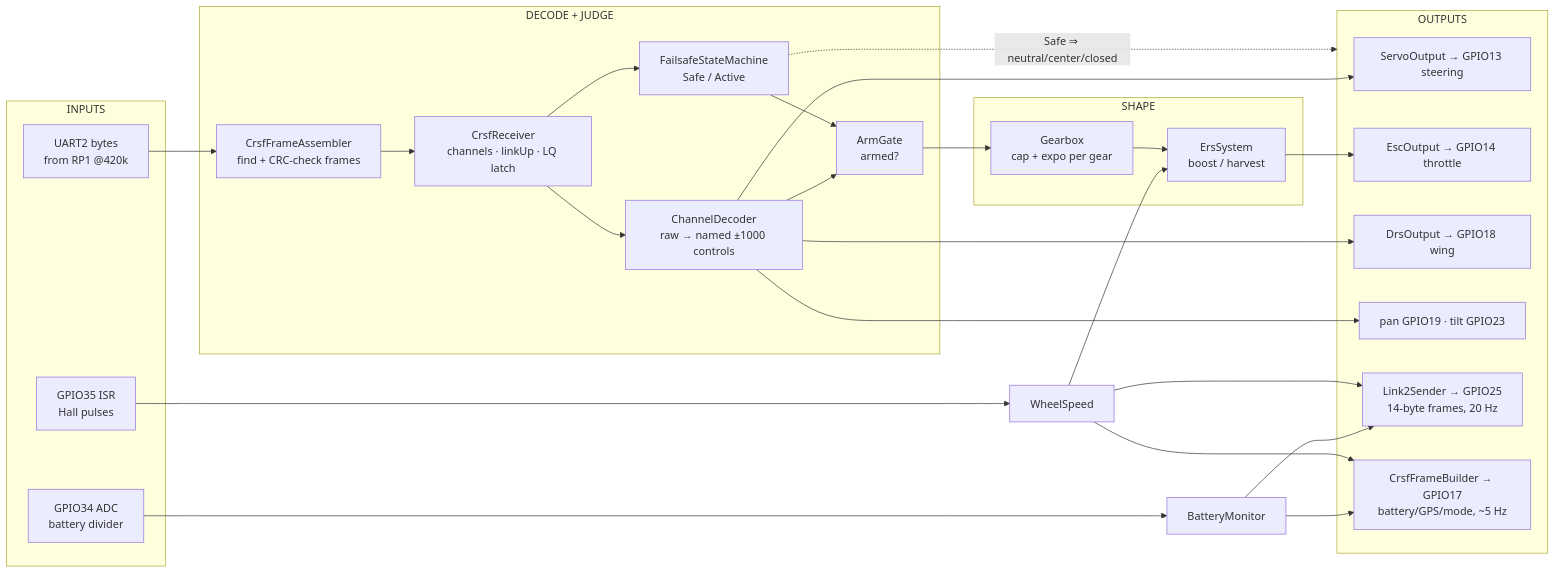
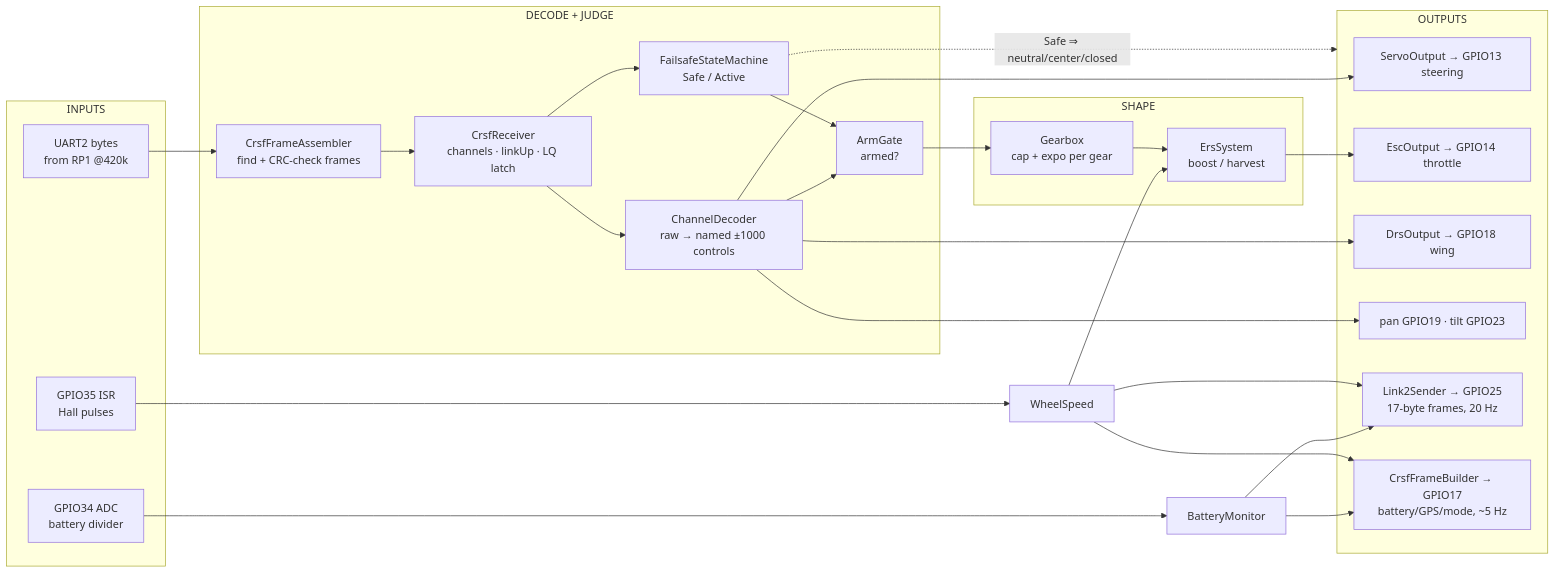
Before and after one commit to beforethenexttolast/w17-software-manual: the diagram in learning-manual/06_control_firmware_architecture.md, drawn with Mermaid. The commit also changed other lines of this file and 2 other files, not shown here.

First line of the commit message:
docs(ch06,ch07,glossary): fix remaining 14-byte link2 claims + non-blocking notes

````diff
--- a/learning-manual/06_control_firmware_architecture.md
+++ b/learning-manual/06_control_firmware_architecture.md
@@ -9,41 +9,41 @@
 ```mermaid
 flowchart LR
   subgraph IN["INPUTS"]
     UART2["UART2 bytes<br/>from RP1 @420k"]
     ADC["GPIO34 ADC<br/>battery divider"]
     HALL["GPIO35 ISR<br/>Hall pulses"]
   end
 
   subgraph DECODE["DECODE + JUDGE"]
     ASM["CrsfFrameAssembler<br/>find + CRC-check frames"]
     RCV["CrsfReceiver<br/>channels · linkUp · LQ latch"]
     DEC["ChannelDecoder<br/>raw → named ±1000 controls"]
     FSM["FailsafeStateMachine<br/>Safe / Active"]
     GATE["ArmGate<br/>armed?"]
   end
 
   subgraph SHAPE["SHAPE"]
     GEAR["Gearbox<br/>cap + expo per gear"]
     ERS["ErsSystem<br/>boost / harvest"]
   end
 
   subgraph OUT["OUTPUTS"]
     SRV["ServoOutput → GPIO13 steering"]
     ESC["EscOutput → GPIO14 throttle"]
     DRS["DrsOutput → GPIO18 wing"]
     GIM["pan GPIO19 · tilt GPIO23"]
-    L2["Link2Sender → GPIO25<br/>14-byte frames, 20 Hz"]
+    L2["Link2Sender → GPIO25<br/>17-byte frames, 20 Hz"]
     TLM["CrsfFrameBuilder → GPIO17<br/>battery/GPS/mode, ~5 Hz"]
   end
 
   BATT["BatteryMonitor"] --> L2 & TLM
   WSPD["WheelSpeed"] --> ERS & L2 & TLM
   UART2 --> ASM --> RCV --> DEC
   RCV --> FSM
   DEC --> GATE --> GEAR --> ERS --> ESC
   FSM --> GATE
   DEC --> SRV & DRS & GIM
   ADC --> BATT
   HALL --> WSPD
   FSM -.->|Safe ⇒ neutral/center/closed| OUT
 ```
````
